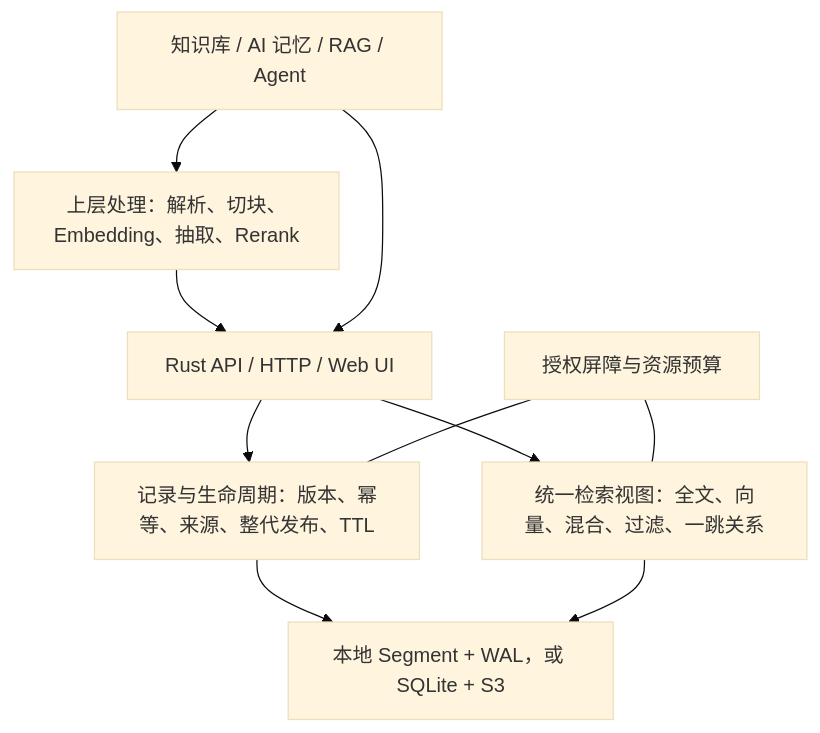
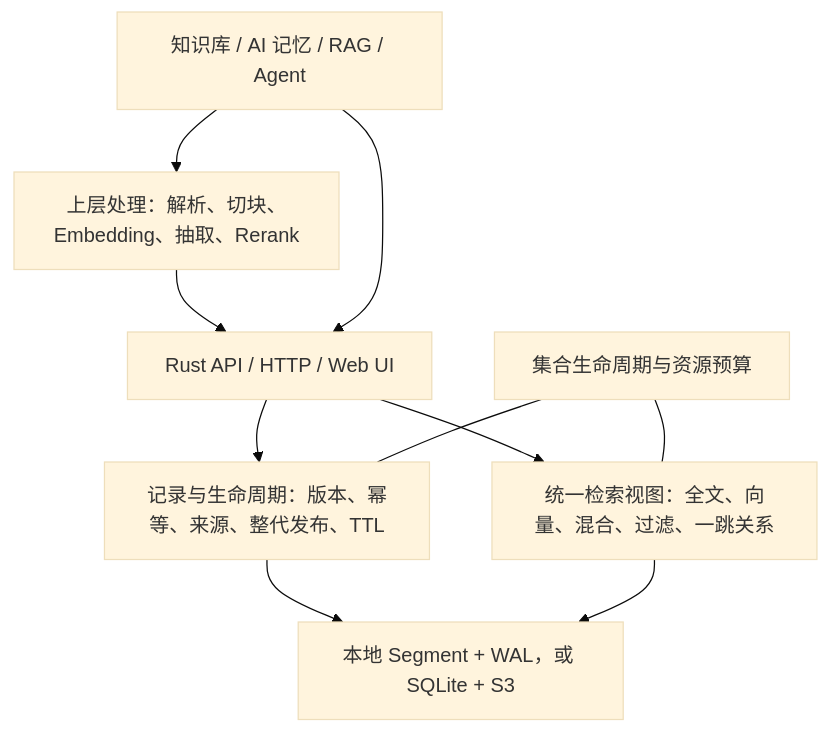
Before and after one commit to TheLudlows/anyseek: the diagram in docs/project-overview.md, drawn with Mermaid (base theme). The commit also changed other lines of this file and 6 other files, not shown here.

Commit message:
Align remaining architecture documentation with Tenant lifecycle model

````diff
--- a/docs/project-overview.md
+++ b/docs/project-overview.md
@@ -11,18 +11,18 @@
 ```mermaid
 flowchart TB
     App["知识库 / AI 记忆 / RAG / Agent"]
     Pipeline["上层处理：解析、切块、Embedding、抽取、Rerank"]
     API["Rust API / HTTP / Web UI"]
     Record["记录与生命周期：版本、幂等、来源、整代发布、TTL"]
     Query["统一检索视图：全文、向量、混合、过滤、一跳关系"]
-    Control["授权屏障与资源预算"]
+    Control["集合生命周期与资源预算"]
     Storage["本地 Segment + WAL，或 SQLite + S3"]
     App --> Pipeline --> API
     App --> API
     API --> Record
     API --> Query
     Control --- Record
     Control --- Query
     Record --> Storage
     Query --> Storage
 ```
````
